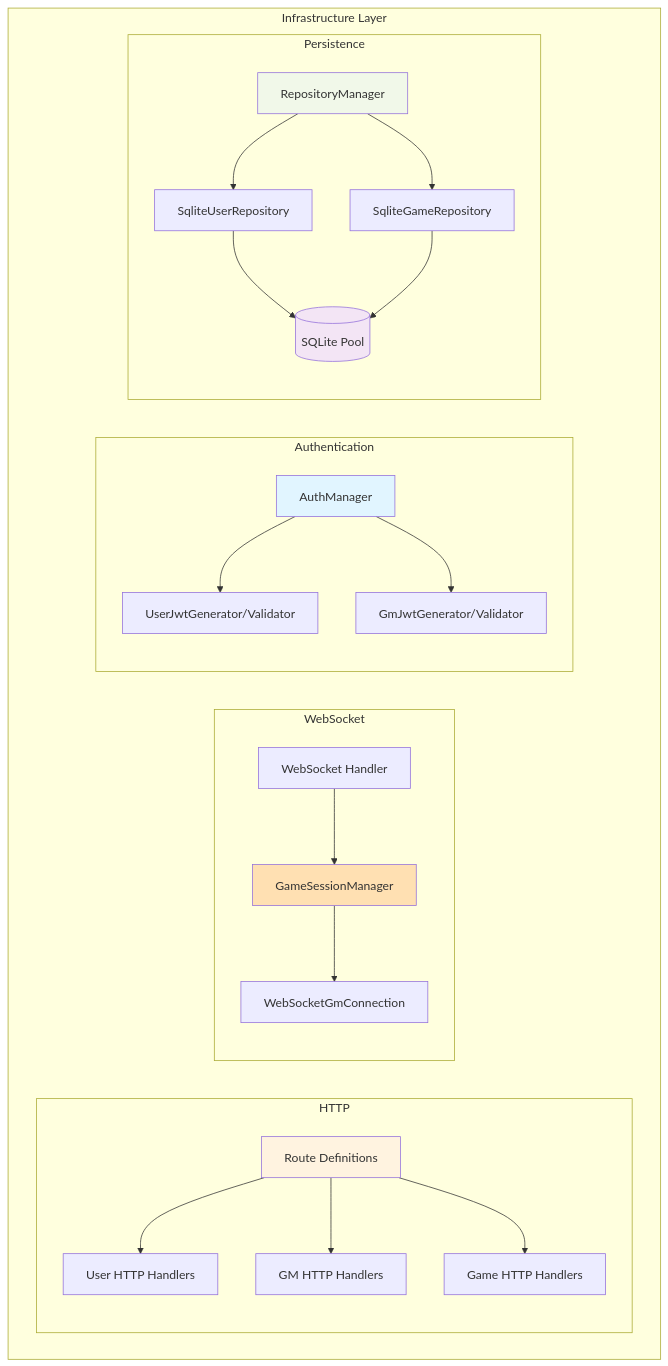
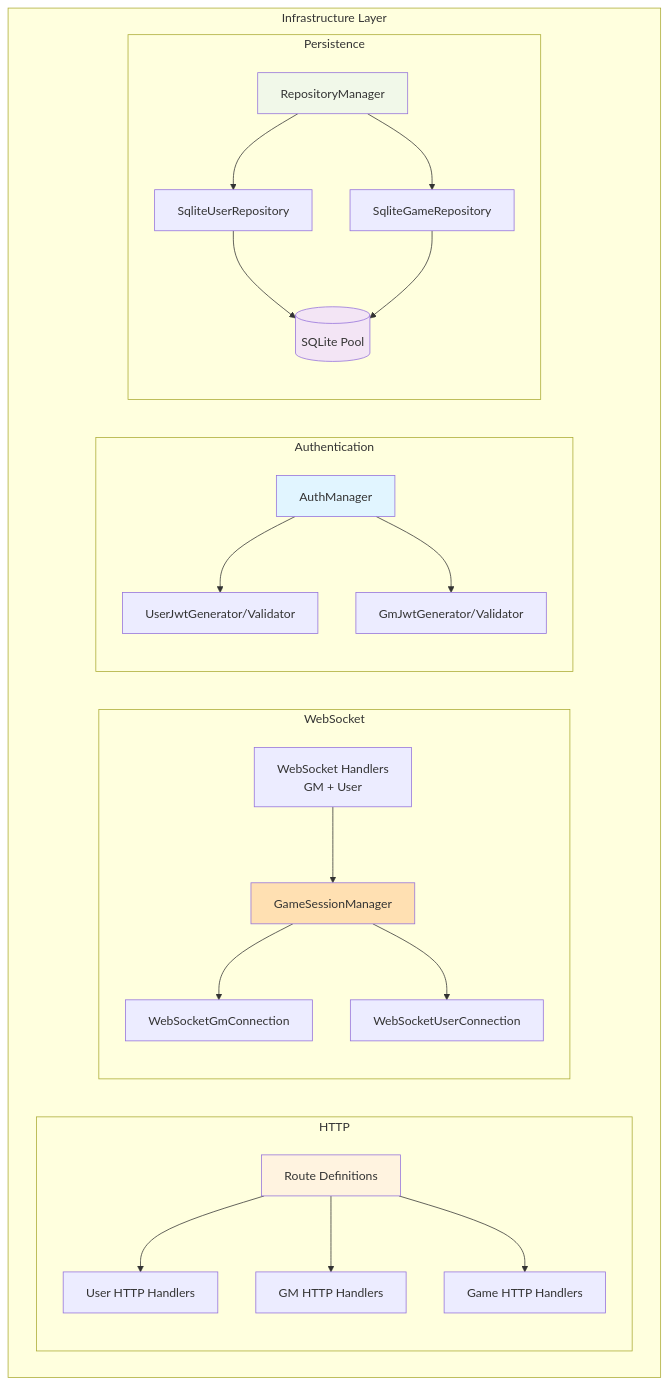
Before and after one commit to jakob-rzeppa/turnkeeper: the fourth of 14 diagrams in backend/ARCHITECTURE.md, drawn with Mermaid. The commit also changed other lines of this file and 2 other files, not shown here.

````diff
--- a/backend/ARCHITECTURE.md
+++ b/backend/ARCHITECTURE.md
@@ -182,52 +185,54 @@
 ```mermaid
 graph TB
     subgraph "Infrastructure Layer"
         subgraph "HTTP"
             Routes[Route Definitions]
             UserHttp[User HTTP Handlers]
             GmHttp[GM HTTP Handlers]
             GameHttp[Game HTTP Handlers]
         end
 
         subgraph "WebSocket"
-            WsHandler[WebSocket Handler]
+            WsHandler[WebSocket Handlers<br/>GM + User]
             SessionMgr[GameSessionManager]
             GmConn[WebSocketGmConnection]
+            UserConn[WebSocketUserConnection]
         end
 
         subgraph "Authentication"
             AuthMgr[AuthManager]
             UserJWT[UserJwtGenerator/Validator]
             GmJWT[GmJwtGenerator/Validator]
         end
 
         subgraph "Persistence"
             RepoMgr[RepositoryManager]
             UserRepo[SqliteUserRepository]
             GameRepo[SqliteGameRepository]
             DB[(SQLite Pool)]
         end
     end
 
     Routes --> UserHttp
     Routes --> GmHttp
     Routes --> GameHttp
 
     WsHandler --> SessionMgr
     SessionMgr --> GmConn
+    SessionMgr --> UserConn
 
     AuthMgr --> UserJWT
     AuthMgr --> GmJWT
 
     RepoMgr --> UserRepo
     RepoMgr --> GameRepo
 
     UserRepo --> DB
     GameRepo --> DB
 
     style Routes fill:#fff3e0
     style AuthMgr fill:#e1f5ff
     style RepoMgr fill:#f1f8e9
     style SessionMgr fill:#ffe0b2
     style DB fill:#f3e5f5
 ```
````
